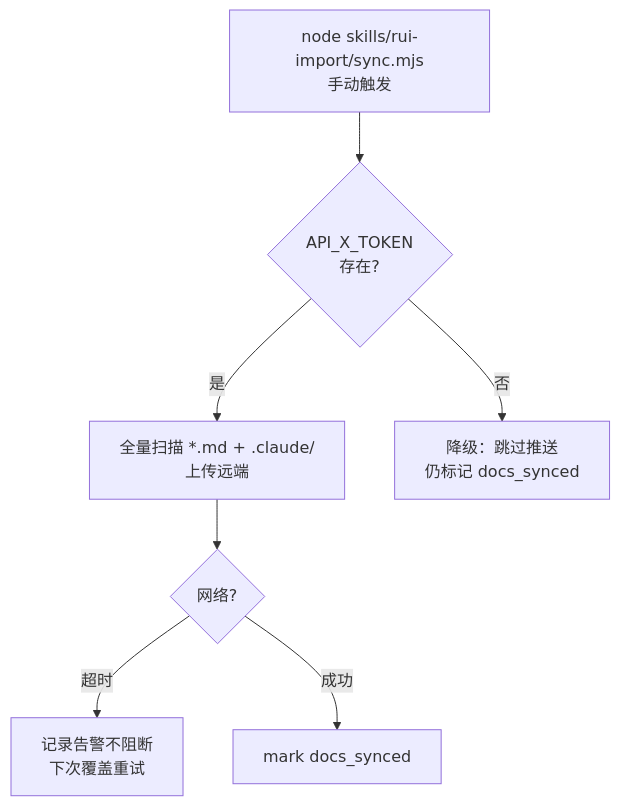
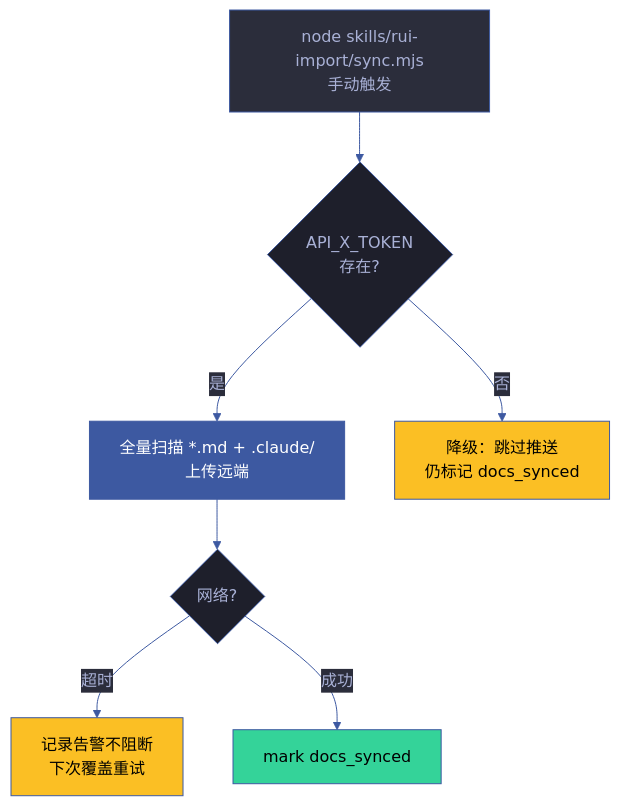
The third of 6 diagrams in skills/rui/rules/delivery-gate.md (effiy/YrY), drawn with Mermaid before and after one commit. The commit also changed other lines of this file and 1028 other files, not shown here.

````diff
--- a/skills/rui/rules/delivery-gate.md
+++ b/skills/rui/rules/delivery-gate.md
@@ -111,10 +149,22 @@
 ```mermaid
+%%{init: {'theme': 'base', 'themeVariables': {
+  'primaryColor': '#1e1f2b',
+  'primaryTextColor': '#a9b1d6',
+  'primaryBorderColor': '#3d59a1',
+  'lineColor': '#3d59a1',
+  'secondaryColor': '#2b2d3b',
+  'tertiaryColor': '#21232f'
+}}}%%
 flowchart TD
     SYNC["node skills/rui-import/sync.mjs<br/>手动触发"]:::step --> Q1{"API_X_TOKEN<br/>存在?"}
     Q1 -->|"是"| PUSH["全量扫描 *.md + .claude/<br/>上传远端"]:::push
     Q1 -->|"否"| NOOP["降级：跳过推送<br/>仍标记 docs_synced"]:::warn
     PUSH --> Q2{"网络?"}
     Q2 -->|"超时"| WARN["记录告警不阻断<br/>下次覆盖重试"]:::warn
     Q2 -->|"成功"| MARK["mark docs_synced"]:::mark
 
+    classDef step fill:#2b2d3b,stroke:#3d59a1,color:#a9b1d6
+    classDef push fill:#3d59a1,color:#fff
+    classDef warn fill:#fbbf24,color:#000
+    classDef mark fill:#34d399,color:#000
 ```
````
